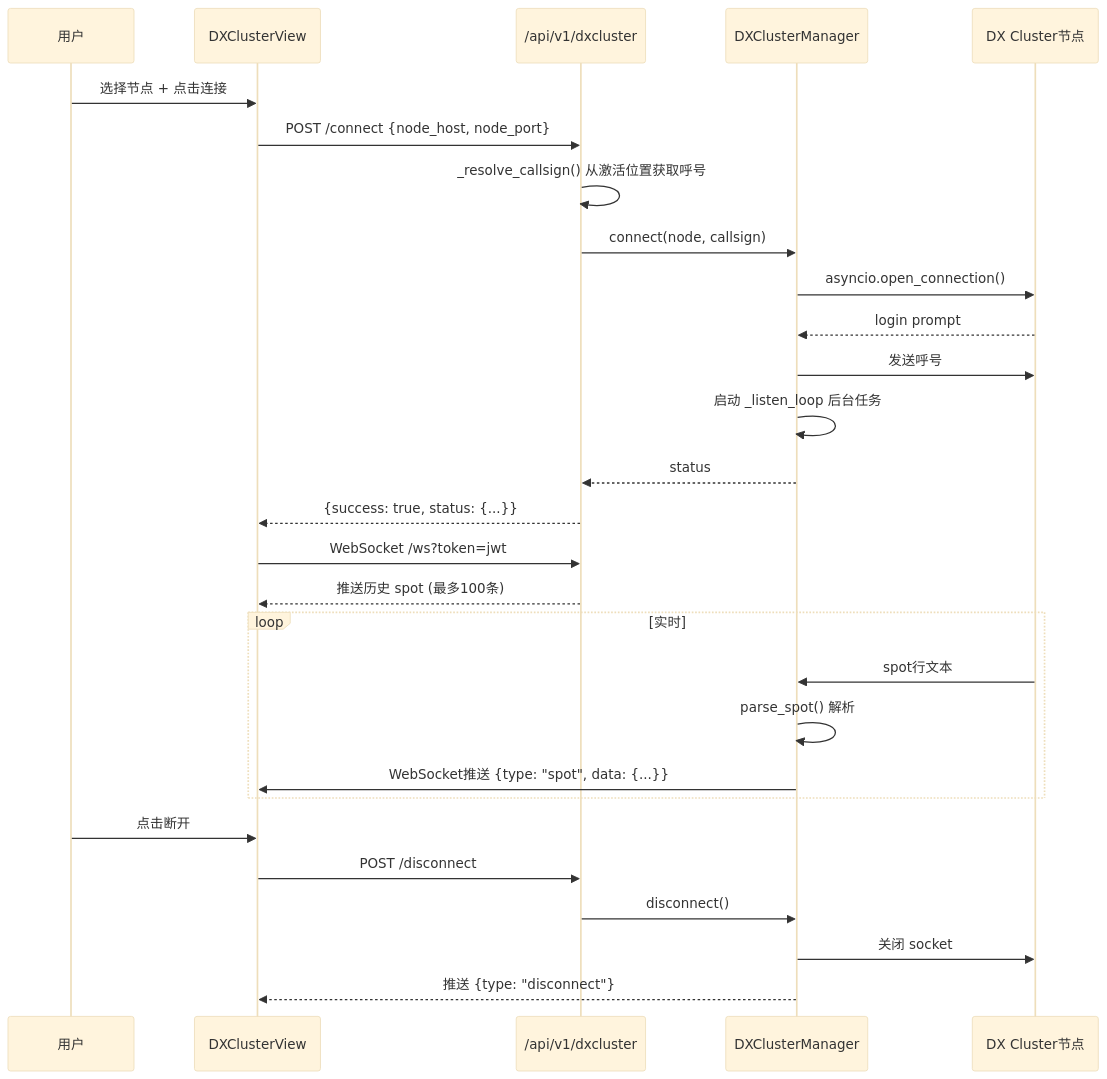
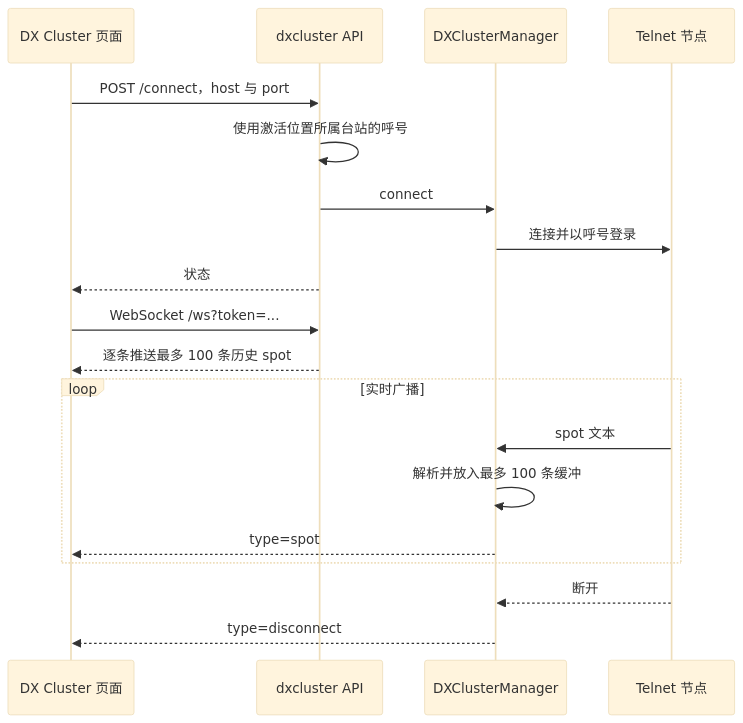
One commit to NanamiKite/radioManger changed diagram 14 of 16 in doc/07_系统架构图.md. Above: the diagram before and after it, drawn with Mermaid (base theme). The commit also changed other lines of this file and 11 other files, not shown here.

````diff
--- a/doc/07_系统架构图.md
+++ b/doc/07_系统架构图.md
@@ -372,34 +228,21 @@
 ```mermaid
 sequenceDiagram
-    participant User as 用户
-    participant View as DXClusterView
-    participant API as /api/v1/dxcluster
+    participant UI as DX Cluster 页面
+    participant API as dxcluster API
     participant Manager as DXClusterManager
-    participant Node as DX Cluster节点
-
-    User->>View: 选择节点 + 点击连接
-    View->>API: POST /connect {node_host, node_port}
-    API->>API: _resolve_callsign() 从激活位置获取呼号
-    API->>Manager: connect(node, callsign)
-    Manager->>Node: asyncio.open_connection()
-    Node-->>Manager: login prompt
-    Manager->>Node: 发送呼号
-    Manager->>Manager: 启动 _listen_loop 后台任务
-    Manager-->>API: status
-    API-->>View: {success: true, status: {...}}
-
-    View->>API: WebSocket /ws?token=jwt
-    API-->>View: 推送历史 spot (最多100条)
-
-    loop 实时
-        Node->>Manager: spot行文本
-        Manager->>Manager: parse_spot() 解析
-        Manager->>View: WebSocket推送 {type: "spot", data: {...}}
+    participant Node as Telnet 节点
+    UI->>API: POST /connect，host 与 port
+    API->>API: 使用激活位置所属台站的呼号
+    API->>Manager: connect
+    Manager->>Node: 连接并以呼号登录
+    API-->>UI: 状态
+    UI->>API: WebSocket /ws?token=...
+    API-->>UI: 逐条推送最多 100 条历史 spot
+    loop 实时广播
+        Node->>Manager: spot 文本
+        Manager->>Manager: 解析并放入最多 100 条缓冲
+        Manager-->>UI: type=spot
     end
-
-    User->>View: 点击断开
-    View->>API: POST /disconnect
-    API->>Manager: disconnect()
-    Manager->>Node: 关闭 socket
-    Manager-->>View: 推送 {type: "disconnect"}
+    Node-->>Manager: 断开
+    Manager-->>UI: type=disconnect
 ```
````
